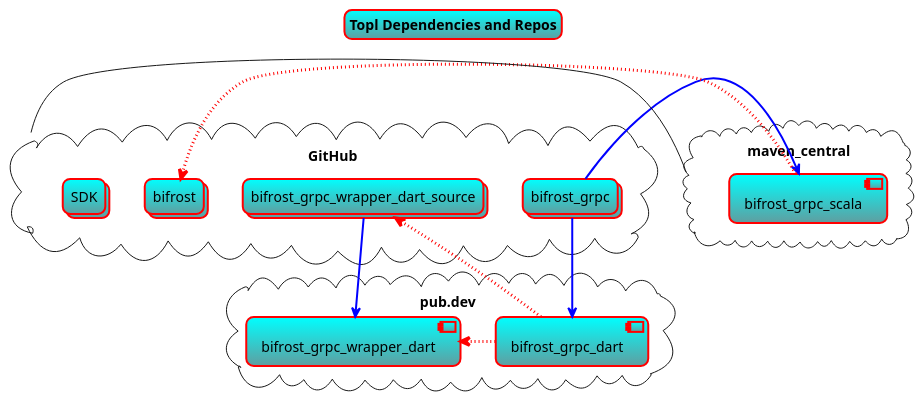
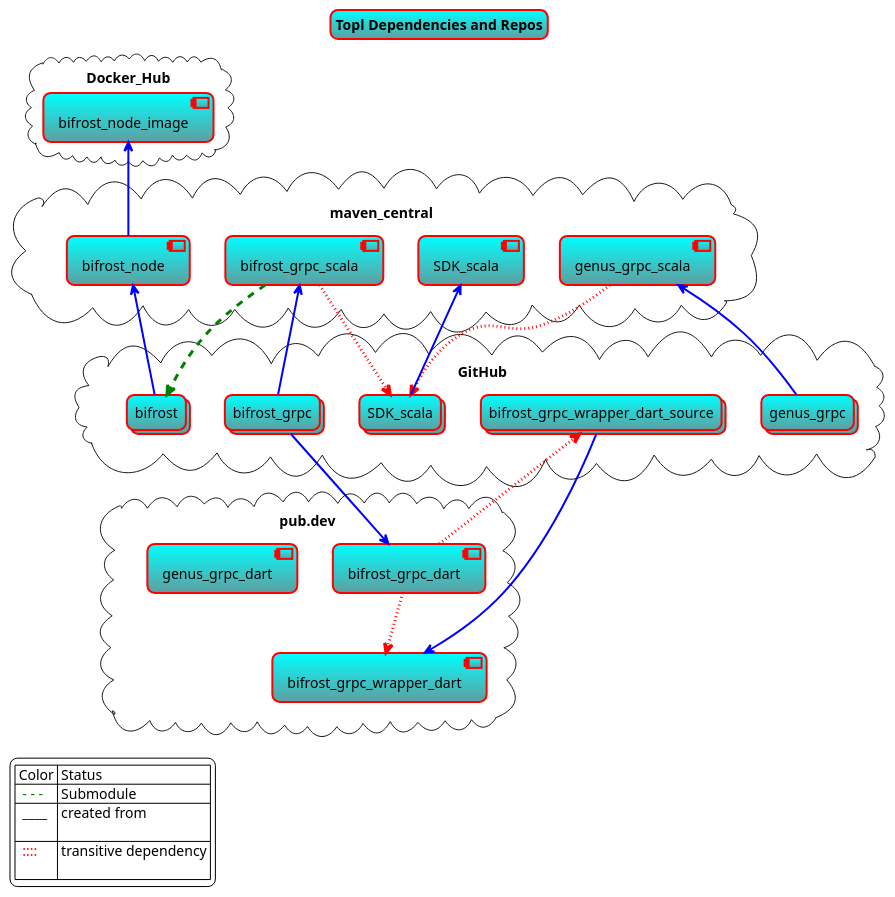
The diagram in dependencies.puml (mgrand-topl/PlantUML_Sandbox), drawn with PlantUML before and after one commit.

```diff
--- a/dependencies.puml
+++ b/dependencies.puml
@@ -1,29 +1,60 @@
 @startuml
 skinparam titleBorderRoundCorner 15
 skinparam titleBorderThickness 2
 skinparam titleBorderColor red
 skinparam titleBackgroundColor Aqua-CadetBlue
 
+skinparam Legend {
+    BackgroundColor #FFFFFF
+    FontColor #000000
+}
+
 title Topl Dependencies and Repos
+
+cloud Docker_Hub {
+  component bifrost_node_image
+}
+
 cloud GitHub {
   Collections "bifrost_grpc" as bg
   Collections bifrost_grpc_wrapper_dart_source
   Collections bifrost
-  Collections SDK
+  Collections SDK_scala
+  Collections genus_grpc
 }
 cloud maven_central {
   component bifrost_grpc_scala
+  component genus_grpc_scala
+  component SDK_scala as SDK_scala.jar
+  component bifrost_node
 }
 cloud pub.dev {
   component bifrost_grpc_dart
   component bifrost_grpc_wrapper_dart
+  component genus_grpc_dart
 }
-bg -[#blue,thickness=2]> bifrost_grpc_scala
+bifrost_grpc_scala <-[#blue,thickness=2]- bg
 bg -[#blue,thickness=2]-> bifrost_grpc_dart
-bifrost_grpc_dart -[#red,dotted,thickness=3]> bifrost_grpc_wrapper_dart
-bifrost_grpc_dart -[#red,dotted,thickness=3]> bifrost_grpc_wrapper_dart_source
+bifrost_grpc_dart -[#red,dotted,thickness=3]-> bifrost_grpc_wrapper_dart
+bifrost_grpc_dart -[#red,dotted,thickness=3]-> bifrost_grpc_wrapper_dart_source
 bifrost_grpc_wrapper_dart_source -[#blue,thickness=2]-> bifrost_grpc_wrapper_dart
-bifrost_grpc_scala -[#red,dotted,thickness=3]> bifrost
+bifrost_grpc_scala -[#green,dashed,thickness=3]-> bifrost
+bifrost_grpc_scala -[#red,dotted,thickness=3]-> SDK_scala
+genus_grpc -[#blue,thickness=2]-> genus_grpc_scala
+genus_grpc_scala -[#red,dotted,thickness=3]-> SDK_scala
+SDK_scala -[#blue,thickness=2]-> SDK_scala.jar
+bifrost -[#blue,thickness=2]-> bifrost_node
+bifrost_node_image <-[#blue,thickness=2]- bifrost_node
 
-GitHub -- maven_central
+
+maven_central -[hidden]- GitHub
+GitHub -[hidden]----- pub.dev
+
+legend bottom left
+  | Color | Status |
+  | <color:#green> - - -| Submodule |
+  | <color:#blue> ____\n| created from |
+  | <color:red> ::::\n | transitive dependency |
+end legend
+
 @enduml
```
